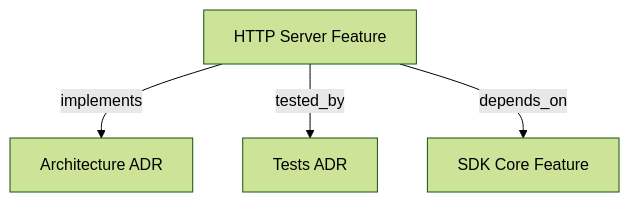
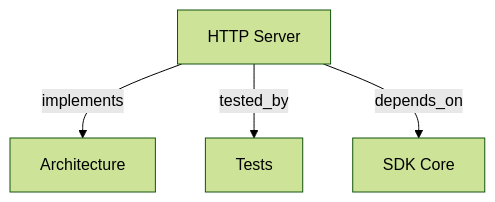
Before and after one commit to romabeckman/harness-kit: the diagram in sdk/docs/feature/HTTP_SERVER.md, drawn with Mermaid (forest theme). The commit also changed other lines of this file and 14 other files, not shown here.

Commit message:
docs: add comprehensive feature and architecture documentation for the SDK project

````diff
--- a/sdk/docs/feature/HTTP_SERVER.md
+++ b/sdk/docs/feature/HTTP_SERVER.md
@@ -552,9 +81,9 @@
 ```mermaid
 graph TD
-    THIS["HTTP Server Feature"] -->|implements| ARCH["Architecture ADR"]
-    THIS -->|tested_by| TESTS["Tests ADR"]
-    THIS -->|depends_on| CORE["SDK Core Feature"]
+    THIS["HTTP Server"] -->|implements| ARCH["Architecture"]
+    THIS -->|tested_by| TESTS["Tests"]
+    THIS -->|depends_on| CORE["SDK Core"]
     click ARCH "../adr/ARCHITECTURE.md"
     click TESTS "../adr/TESTS.md"
     click CORE "./SDK_CORE.md"
 ```
````
